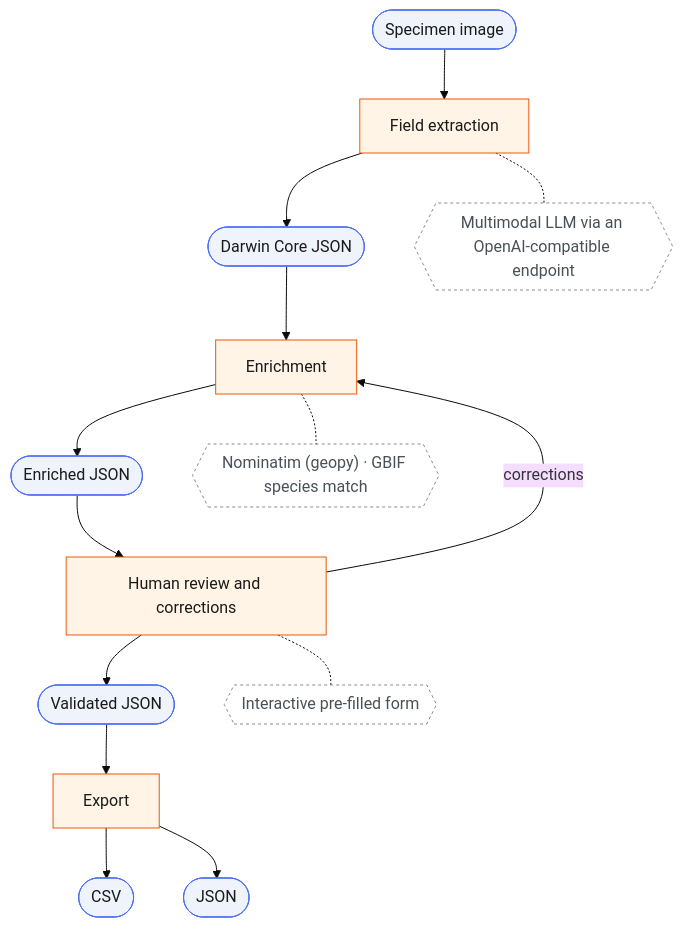
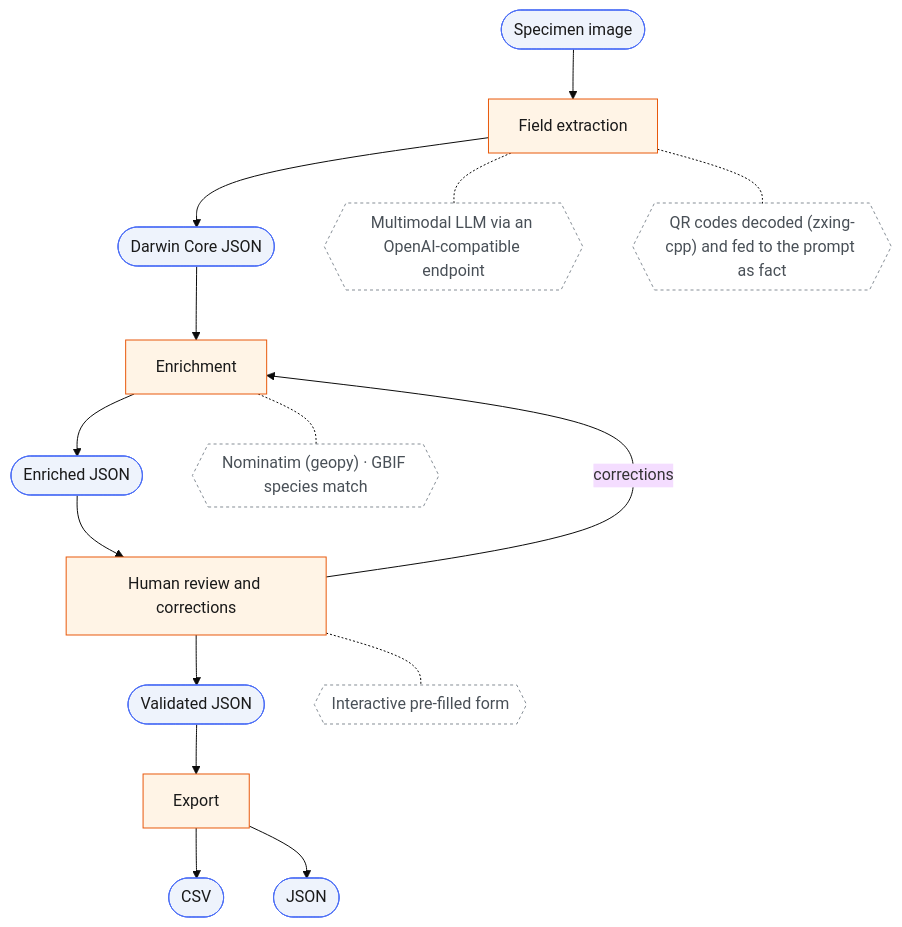
Before and after one commit to sdsc-ordes/speciai: the diagram in README.md, drawn with Mermaid (base theme). The commit also changed other lines of this file and 8 other files, not shown here.

````diff
--- a/README.md
+++ b/README.md
@@ -26,35 +26,37 @@
 ```mermaid
 flowchart TD
     IMG(["Specimen image"])
     DWC(["Darwin Core JSON"])
     ENRICHED(["Enriched JSON"])
     VALID(["Validated JSON"])
     CSV(["CSV"])
     JSONOUT(["JSON"])
 
     EXTRACT[Field extraction]
     ENRICH[Enrichment]
     REVIEW[Human review and corrections]
     EXPORT[Export]
 
     LLM{{"Multimodal LLM via an OpenAI-compatible endpoint"}}
+    QR{{"QR codes decoded (zxing-cpp) and fed to the prompt as fact"}}
     ENRICHTECH{{"Nominatim (geopy) · GBIF species match"}}
     FORM{{"Interactive pre-filled form"}}
 
     IMG --> EXTRACT --> DWC --> ENRICH --> ENRICHED --> REVIEW --> VALID --> EXPORT
     EXPORT --> CSV
     EXPORT --> JSONOUT
     REVIEW -->|corrections| ENRICH
 
     EXTRACT -.- LLM
+    EXTRACT -.- QR
     ENRICH -.- ENRICHTECH
     REVIEW -.- FORM
 
     classDef data fill:#eef3fc,stroke:#4c6ef5,color:#1a1a1a;
     classDef proc fill:#fff4e6,stroke:#e8590c,color:#1a1a1a;
     classDef tech fill:none,stroke:#868e96,stroke-dasharray: 3 3,color:#495057;
 
     class IMG,DWC,ENRICHED,VALID,CSV,JSONOUT data;
     class EXTRACT,ENRICH,REVIEW,EXPORT proc;
-    class LLM,ENRICHTECH,FORM tech;
+    class LLM,QR,ENRICHTECH,FORM tech;
 ```
````
